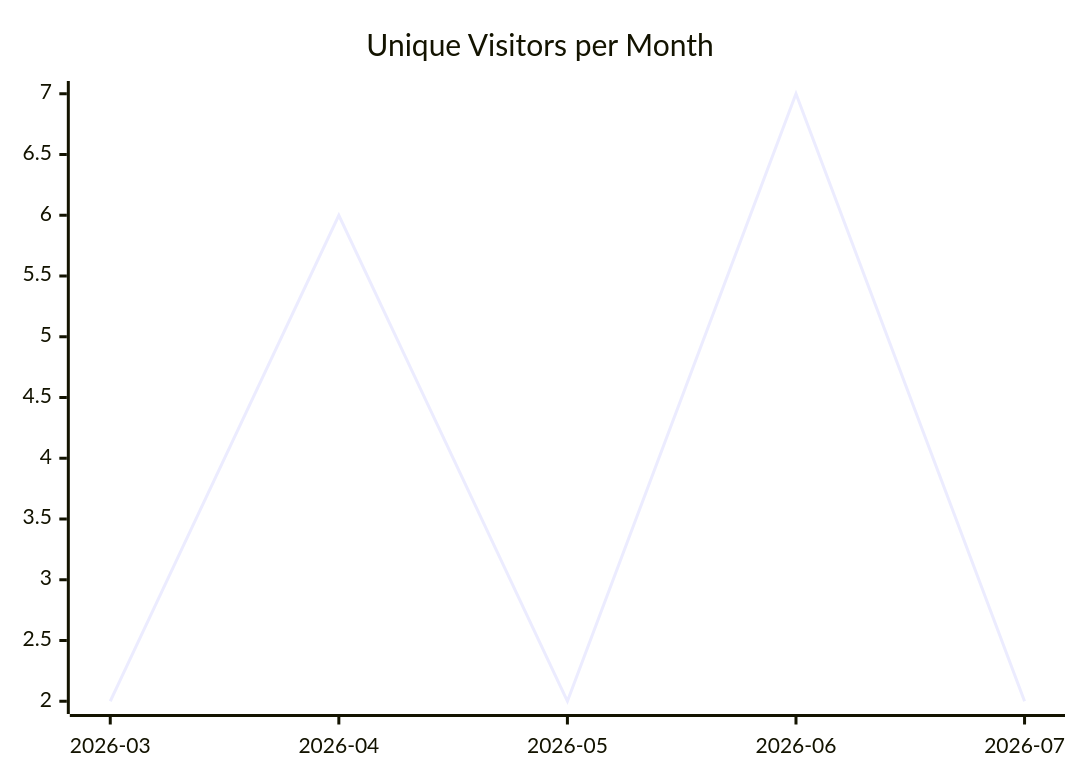
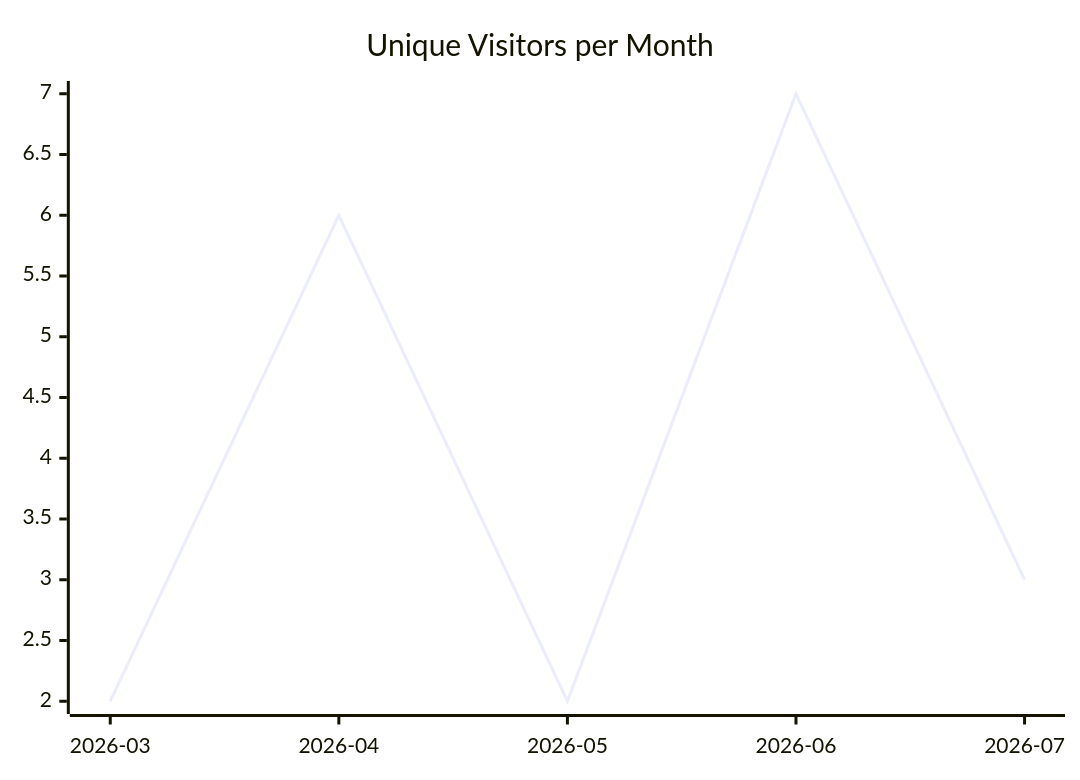
Before and after one commit to justdavis-family/github-analytics-data: the first of 3 diagrams in karlmdavis/fhir-benchmarks/README.md, drawn with Mermaid. The commit also changed other lines of this file and 184 other files, not shown here.

````diff
--- a/karlmdavis/fhir-benchmarks/README.md
+++ b/karlmdavis/fhir-benchmarks/README.md
@@ -5,6 +5,6 @@
 ```mermaid
 xychart-beta
   title "Unique Visitors per Month"
   x-axis ["2026-03", "2026-04", "2026-05", "2026-06", "2026-07"]
-  line [2, 6, 2, 7, 2]
+  line [2, 6, 2, 7, 3]
 ```
````
